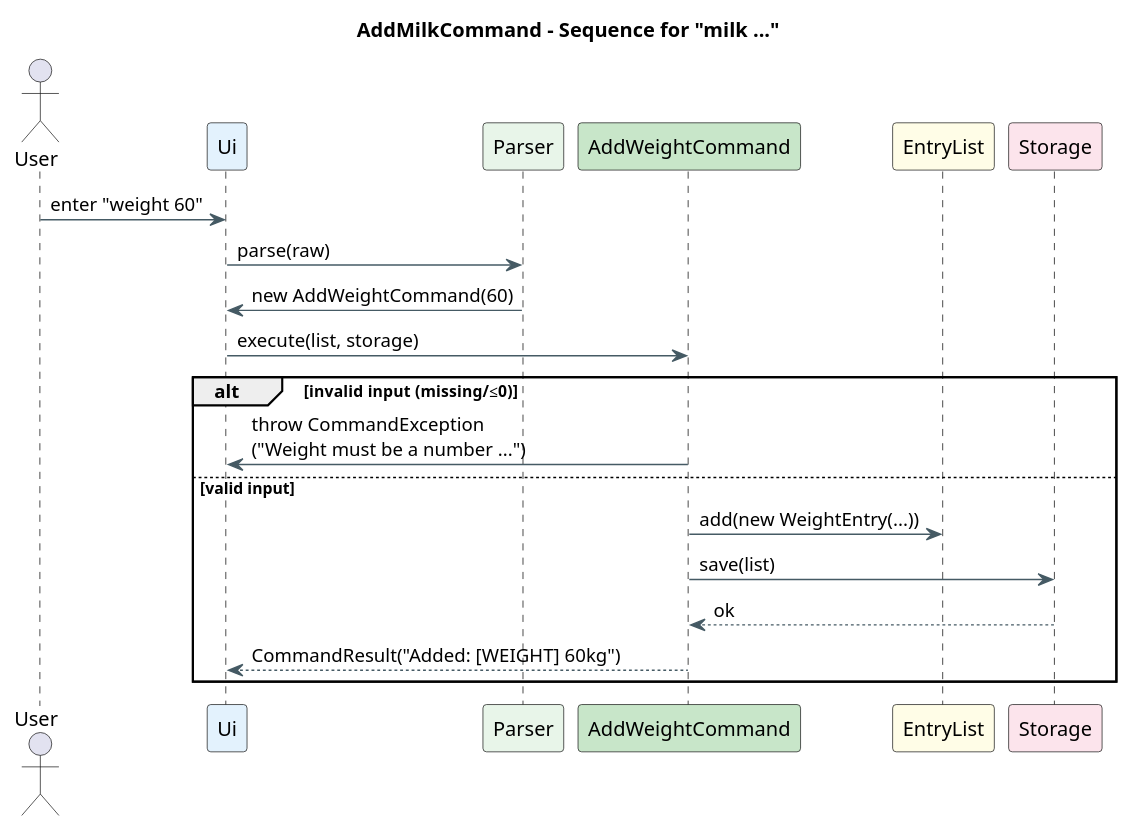
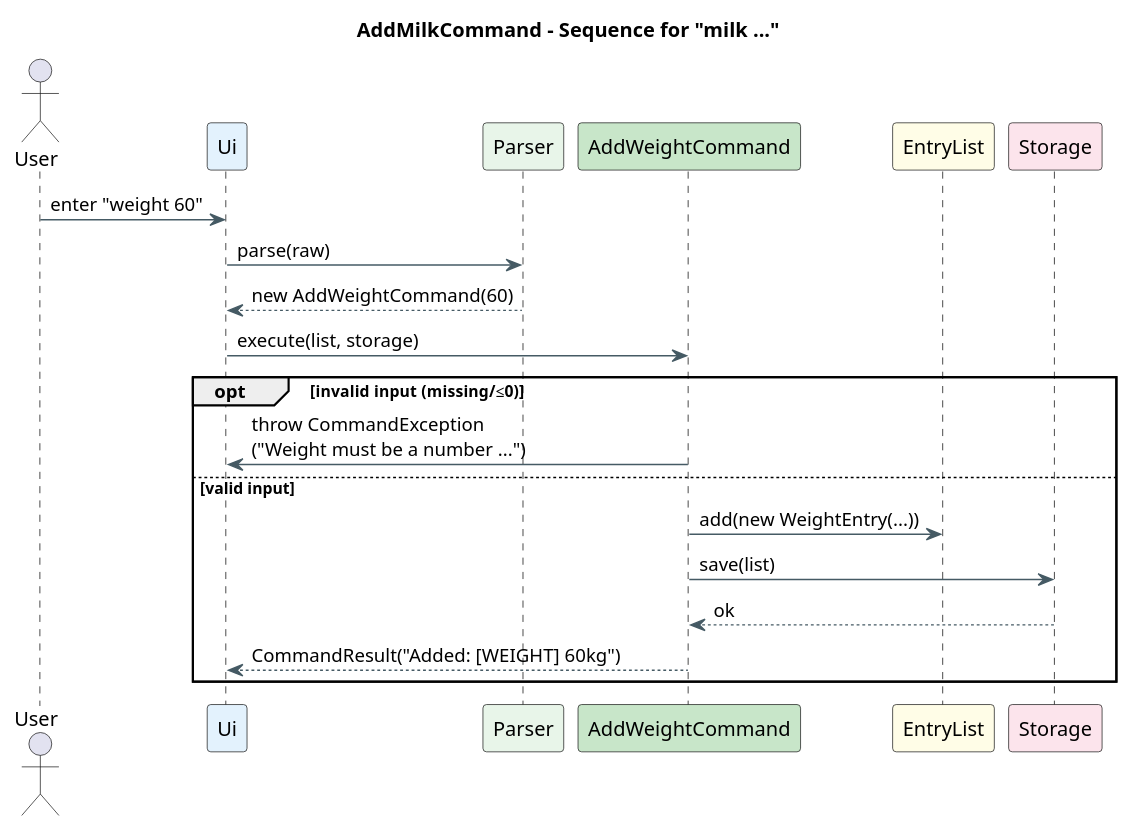
Before and after one commit to Ibrashoukry/tp: the diagram in docs/diagrams/AddWeight_SequenceDiagram.puml, drawn with PlantUML. The commit also changed 3 other files, not shown here.

```diff
--- a/docs/diagrams/AddWeight_SequenceDiagram.puml
+++ b/docs/diagrams/AddWeight_SequenceDiagram.puml
@@ -1,36 +1,36 @@
 @startuml
 ' ===== Sequence: measure waist/70 hips/98 chest/90 thigh/55 arm/30 =====
 title AddMilkCommand - Sequence for "milk ..."
 
 skinparam shadowing false
 skinparam defaultFontName Arial
 skinparam sequence {
   LifeLineBorderColor black
   BoxBorderColor #90A4AE
   BoxBackgroundColor #F5F7FA
   ArrowColor #455A64
   ArrowThickness 1
 }
 
 actor User
 participant Ui           as UI  #E3F2FD
 participant Parser       as PR  #E8F5E9
 participant AddWeightCommand as AMC #C8E6C9
 participant EntryList    as LIST #FFFDE7
 participant Storage      as ST   #FCE4EC
 
 User -> UI : enter "weight 60"
 UI -> PR  : parse(raw)
-PR -> UI  : new AddWeightCommand(60)
+PR --> UI  : new AddWeightCommand(60)
 UI -> AMC : execute(list, storage)
 
-alt invalid input (missing/≤0)
+opt invalid input (missing/≤0)
   AMC -> UI : throw CommandException\n("Weight must be a number ...")
 else valid input
   AMC -> LIST : add(new WeightEntry(...))
   AMC -> ST   : save(list)
   ST --> AMC  : ok
   AMC --> UI  : CommandResult("Added: [WEIGHT] 60kg")
 end
 
 @enduml
```
